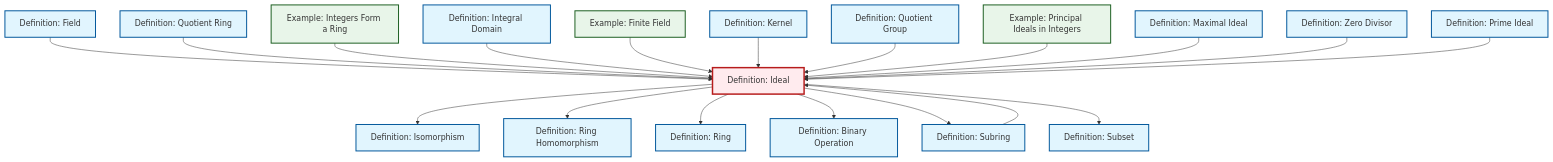
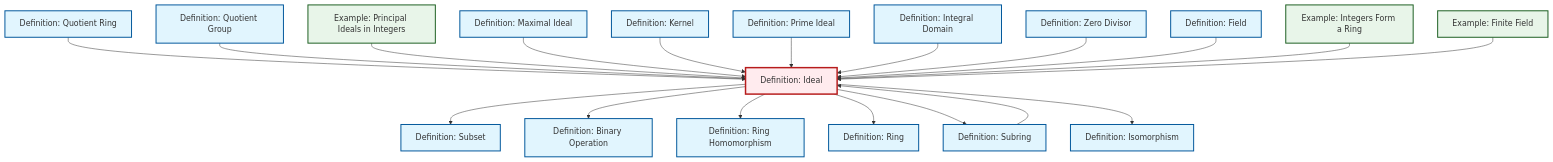
The diagram in content/en/algebra/def-ideal.qmd (RK0429/ModernMath), drawn with Mermaid before and after one commit. The commit also changed other lines of this file and 672 other files, not shown here.

````diff
--- a/content/en/algebra/def-ideal.qmd
+++ b/content/en/algebra/def-ideal.qmd
@@ -83,63 +83,63 @@
 ```{mermaid}
 %%| fig-cap: "Local dependency graph"
 graph TD
     classDef definition fill:#e1f5fe,stroke:#01579b,stroke-width:2px
     classDef theorem fill:#f3e5f5,stroke:#4a148c,stroke-width:2px
     classDef axiom fill:#fff3e0,stroke:#e65100,stroke-width:2px
     classDef example fill:#e8f5e9,stroke:#1b5e20,stroke-width:2px
     classDef current fill:#ffebee,stroke:#b71c1c,stroke-width:3px
+    def-quotient-group["Definition: Quotient Group"]:::definition
+    def-binary-operation["Definition: Binary Operation"]:::definition
+    def-isomorphism["Definition: Isomorphism"]:::definition
+    def-subring["Definition: Subring"]:::definition
+    def-maximal-ideal["Definition: Maximal Ideal"]:::definition
+    def-integral-domain["Definition: Integral Domain"]:::definition
+    def-ring-homomorphism["Definition: Ring Homomorphism"]:::definition
+    def-subset["Definition: Subset"]:::definition
+    def-prime-ideal["Definition: Prime Ideal"]:::definition
+    def-ideal["Definition: Ideal"]:::definition
+    def-ring["Definition: Ring"]:::definition
+    def-zero-divisor["Definition: Zero Divisor"]:::definition
+    ex-principal-ideal["Example: Principal Ideals in Integers"]:::example
+    def-quotient-ring["Definition: Quotient Ring"]:::definition
+    ex-finite-field["Example: Finite Field"]:::example
+    def-field["Definition: Field"]:::definition
+    def-kernel["Definition: Kernel"]:::definition
     ex-integers-ring["Example: Integers Form a Ring"]:::example
-    def-kernel["Definition: Kernel"]:::definition
-    def-field["Definition: Field"]:::definition
-    def-ring-homomorphism["Definition: Ring Homomorphism"]:::definition
-    def-ring["Definition: Ring"]:::definition
-    def-subring["Definition: Subring"]:::definition
-    def-isomorphism["Definition: Isomorphism"]:::definition
-    def-binary-operation["Definition: Binary Operation"]:::definition
-    def-subset["Definition: Subset"]:::definition
-    def-maximal-ideal["Definition: Maximal Ideal"]:::definition
-    ex-principal-ideal["Example: Principal Ideals in Integers"]:::example
-    ex-finite-field["Example: Finite Field"]:::example
-    def-prime-ideal["Definition: Prime Ideal"]:::definition
-    def-quotient-group["Definition: Quotient Group"]:::definition
-    def-quotient-ring["Definition: Quotient Ring"]:::definition
-    def-integral-domain["Definition: Integral Domain"]:::definition
-    def-ideal["Definition: Ideal"]:::definition
-    def-zero-divisor["Definition: Zero Divisor"]:::definition
+    def-ideal --> def-subset
+    def-quotient-ring --> def-ideal
+    def-quotient-group --> def-ideal
+    def-ideal --> def-binary-operation
+    def-ideal --> def-ring-homomorphism
+    ex-principal-ideal --> def-ideal
+    def-maximal-ideal --> def-ideal
+    def-kernel --> def-ideal
+    def-prime-ideal --> def-ideal
+    def-integral-domain --> def-ideal
+    def-zero-divisor --> def-ideal
+    def-subring --> def-ideal
     def-field --> def-ideal
-    def-quotient-ring --> def-ideal
     ex-integers-ring --> def-ideal
+    ex-finite-field --> def-ideal
+    def-ideal --> def-ring
+    def-ideal --> def-subring
     def-ideal --> def-isomorphism
-    def-integral-domain --> def-ideal
-    def-ideal --> def-ring-homomorphism
-    ex-finite-field --> def-ideal
-    def-kernel --> def-ideal
-    def-subring --> def-ideal
-    def-ideal --> def-ring
-    def-quotient-group --> def-ideal
-    ex-principal-ideal --> def-ideal
-    def-ideal --> def-binary-operation
-    def-maximal-ideal --> def-ideal
-    def-zero-divisor --> def-ideal
-    def-ideal --> def-subring
-    def-ideal --> def-subset
-    def-prime-ideal --> def-ideal
     class def-ideal current
+    click def-quotient-group "def-quotient-group.html" "Go to Quotient Group definition"
+    click def-binary-operation "def-binary-operation.html" "Go to Binary Operation definition"
+    click def-isomorphism "def-isomorphism.html" "Go to Isomorphism definition"
+    click def-subring "def-subring.html" "Go to Subring definition"
+    click def-maximal-ideal "def-maximal-ideal.html" "Go to Maximal Ideal definition"
+    click def-integral-domain "def-integral-domain.html" "Go to Integral Domain definition"
+    click def-ring-homomorphism "def-ring-homomorphism.html" "Go to Ring Homomorphism definition"
+    click def-subset "def-subset.html" "Go to Subset definition"
+    click def-prime-ideal "def-prime-ideal.html" "Go to Prime Ideal definition"
+    click def-ring "def-ring.html" "Go to Ring definition"
+    click def-zero-divisor "def-zero-divisor.html" "Go to Zero Divisor definition"
+    click ex-principal-ideal "ex-principal-ideal.html" "Go to Principal Ideals in Integers example"
+    click def-quotient-ring "def-quotient-ring.html" "Go to Quotient Ring definition"
+    click ex-finite-field "ex-finite-field.html" "Go to Finite Field example"
+    click def-field "def-field.html" "Go to Field definition"
+    click def-kernel "def-kernel.html" "Go to Kernel definition"
     click ex-integers-ring "ex-integers-ring.html" "Go to Integers Form a Ring example"
-    click def-kernel "def-kernel.html" "Go to Kernel definition"
-    click def-field "def-field.html" "Go to Field definition"
-    click def-ring-homomorphism "def-ring-homomorphism.html" "Go to Ring Homomorphism definition"
-    click def-ring "def-ring.html" "Go to Ring definition"
-    click def-subring "def-subring.html" "Go to Subring definition"
-    click def-isomorphism "def-isomorphism.html" "Go to Isomorphism definition"
-    click def-binary-operation "def-binary-operation.html" "Go to Binary Operation definition"
-    click def-subset "def-subset.html" "Go to Subset definition"
-    click def-maximal-ideal "def-maximal-ideal.html" "Go to Maximal Ideal definition"
-    click ex-principal-ideal "ex-principal-ideal.html" "Go to Principal Ideals in Integers example"
-    click ex-finite-field "ex-finite-field.html" "Go to Finite Field example"
-    click def-prime-ideal "def-prime-ideal.html" "Go to Prime Ideal definition"
-    click def-quotient-group "def-quotient-group.html" "Go to Quotient Group definition"
-    click def-quotient-ring "def-quotient-ring.html" "Go to Quotient Ring definition"
-    click def-integral-domain "def-integral-domain.html" "Go to Integral Domain definition"
-    click def-zero-divisor "def-zero-divisor.html" "Go to Zero Divisor definition"
 ```
````
